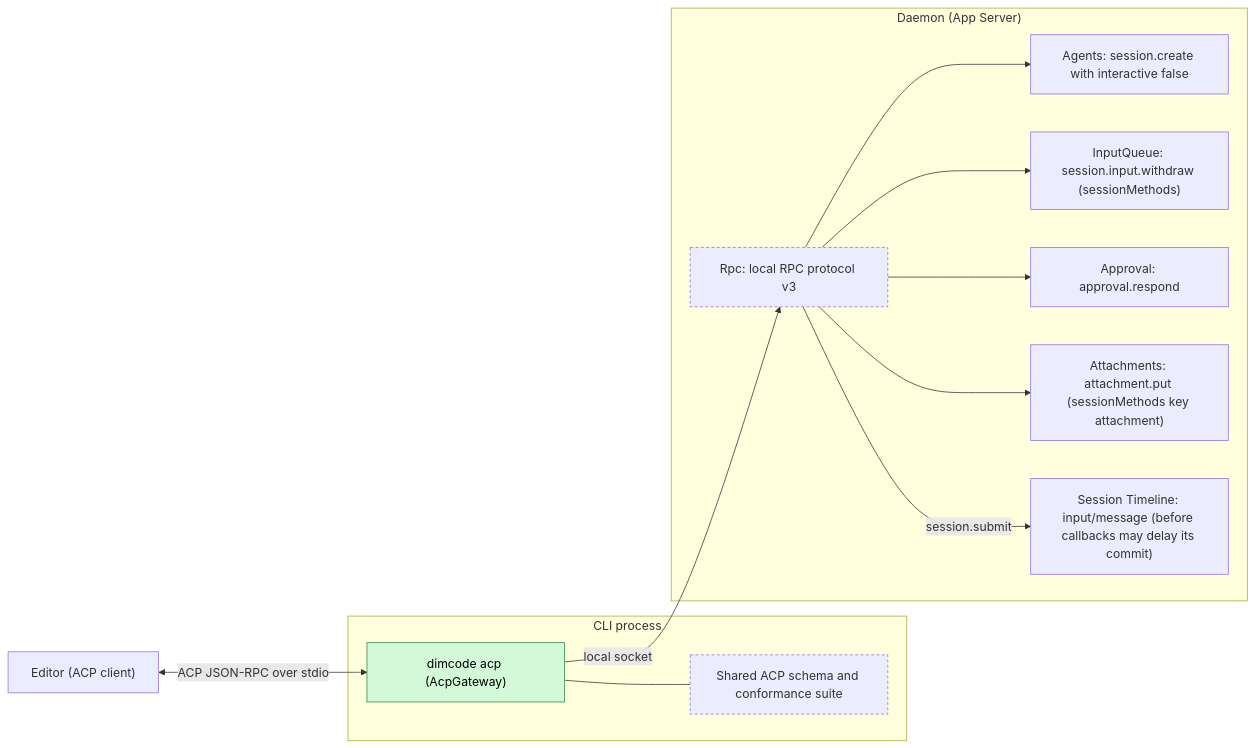
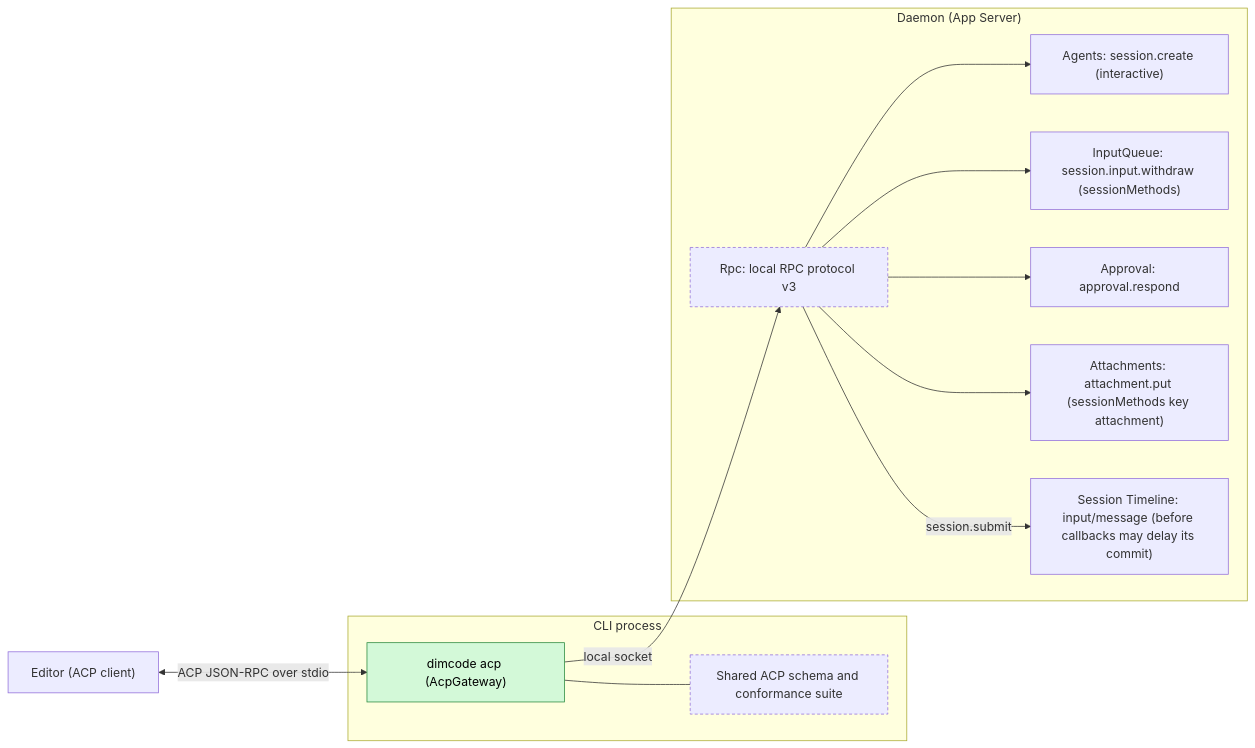
The first of 5 diagrams in docs/design/plugins/AcpGateway.md (CoutinhoTTS/dim-agent), drawn with Mermaid before and after one commit. The commit also changed other lines of this file and 7 other files, not shown here.

````diff
--- a/docs/design/plugins/AcpGateway.md
+++ b/docs/design/plugins/AcpGateway.md
@@ -11,26 +11,26 @@
 ```mermaid
 flowchart LR
   classDef new fill:#d3f9d8,stroke:#2b8a3e,color:#000
   classDef contract stroke-dasharray:4 3
   Editor["Editor (ACP client)"]
   subgraph cli["CLI process"]
     GW["dimcode acp (AcpGateway)"]:::new
     Schema["Shared ACP schema and conformance suite"]:::contract
   end
   subgraph daemon["Daemon (App Server)"]
     Rpc["Rpc: local RPC protocol v3"]:::contract
-    Agents["Agents: session.create with interactive false"]
+    Agents["Agents: session.create (interactive)"]
     IQ["InputQueue: session.input.withdraw (sessionMethods)"]
     Appr["Approval: approval.respond"]
     Att["Attachments: attachment.put (sessionMethods key attachment)"]
     TLD["Session Timeline: input/message (before callbacks may delay its commit)"]
   end
   Editor <-->|"ACP JSON-RPC over stdio"| GW
   GW --- Schema
   GW -->|"local socket"| Rpc
   Rpc --> Agents
   Rpc --> IQ
   Rpc --> Appr
   Rpc --> Att
   Rpc -->|"session.submit"| TLD
 ```
````
